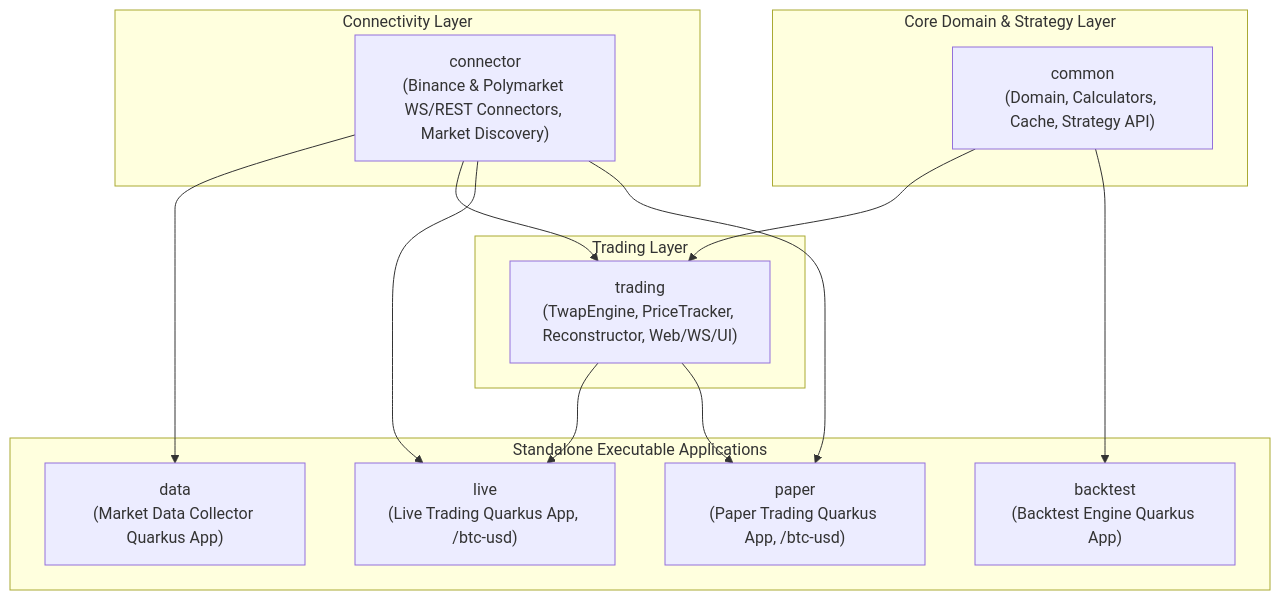
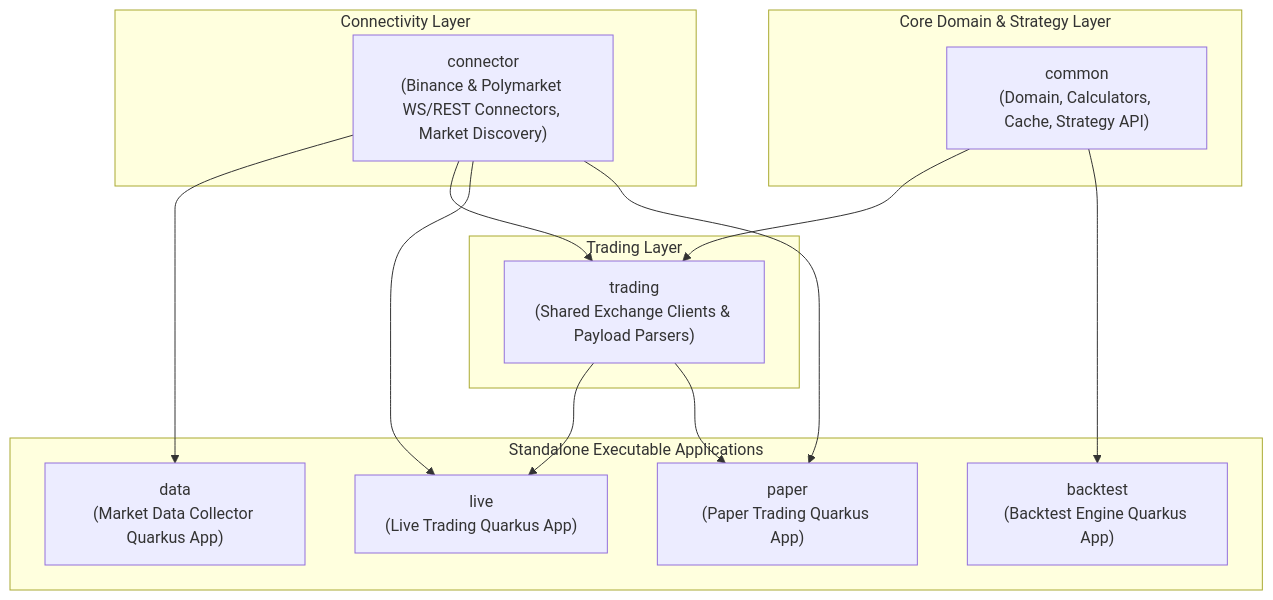
Before and after one commit to amuradon/polymarket-bot: the diagram in ARCHITECTURE.md, drawn with Mermaid. The commit also changed other lines of this file and 41 other files, not shown here.

Commit message:
Remove legacy TwapEngine and related components across trading, connector, common, paper, and live

````diff
--- a/ARCHITECTURE.md
+++ b/ARCHITECTURE.md
@@ -11,30 +11,30 @@
 ```mermaid
 flowchart TD
     subgraph Core["Core Domain & Strategy Layer"]
         common["common<br/>(Domain, Calculators, Cache, Strategy API)"]
     end
 
     subgraph ConnectivityLayer["Connectivity Layer"]
         connector["connector<br/>(Binance & Polymarket WS/REST Connectors, Market Discovery)"]
     end
 
     subgraph TradingLayer["Trading Layer"]
-        trading["trading<br/>(TwapEngine, PriceTracker, Reconstructor, Web/WS/UI)"]
+        trading["trading<br/>(Shared Exchange Clients & Payload Parsers)"]
     end
 
     subgraph Applications["Standalone Executable Applications"]
         data["data<br/>(Market Data Collector Quarkus App)"]
-        live["live<br/>(Live Trading Quarkus App, /btc-usd)"]
-        paper["paper<br/>(Paper Trading Quarkus App, /btc-usd)"]
+        live["live<br/>(Live Trading Quarkus App)"]
+        paper["paper<br/>(Paper Trading Quarkus App)"]
         backtest["backtest<br/>(Backtest Engine Quarkus App)"]
     end
 
     connector --> data
     connector --> trading
     common --> trading
     common --> backtest
     trading --> live
     trading --> paper
     connector --> live
     connector --> paper
 ```
````
